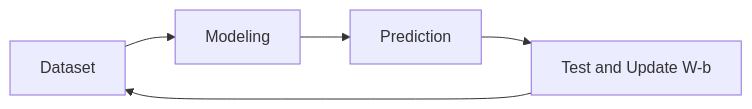
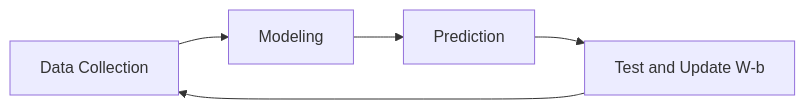
Before and after one commit to afondiel/computer-science-notebook: the second of 2 diagrams in ai/deep-learning-notes/dl-notes.md, drawn with Mermaid. The commit also changed other lines of this file, not shown here.

````diff
--- a/ai/deep-learning-notes/dl-notes.md
+++ b/ai/deep-learning-notes/dl-notes.md
@@ -99,7 +171,7 @@
 ```mermaid
 graph LR;
-    A[Dataset]-->B[Modeling];
+    A[Data Collection]-->B[Modeling];
     B-->C[Prediction];
     C-->D[Test and Update W-b];    
     D-->A;
 ```
````
